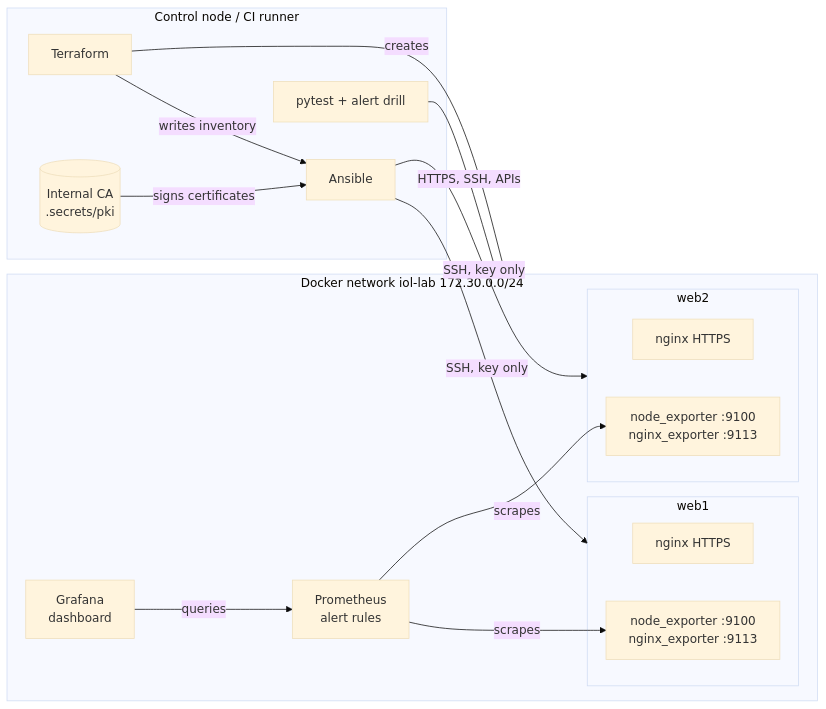
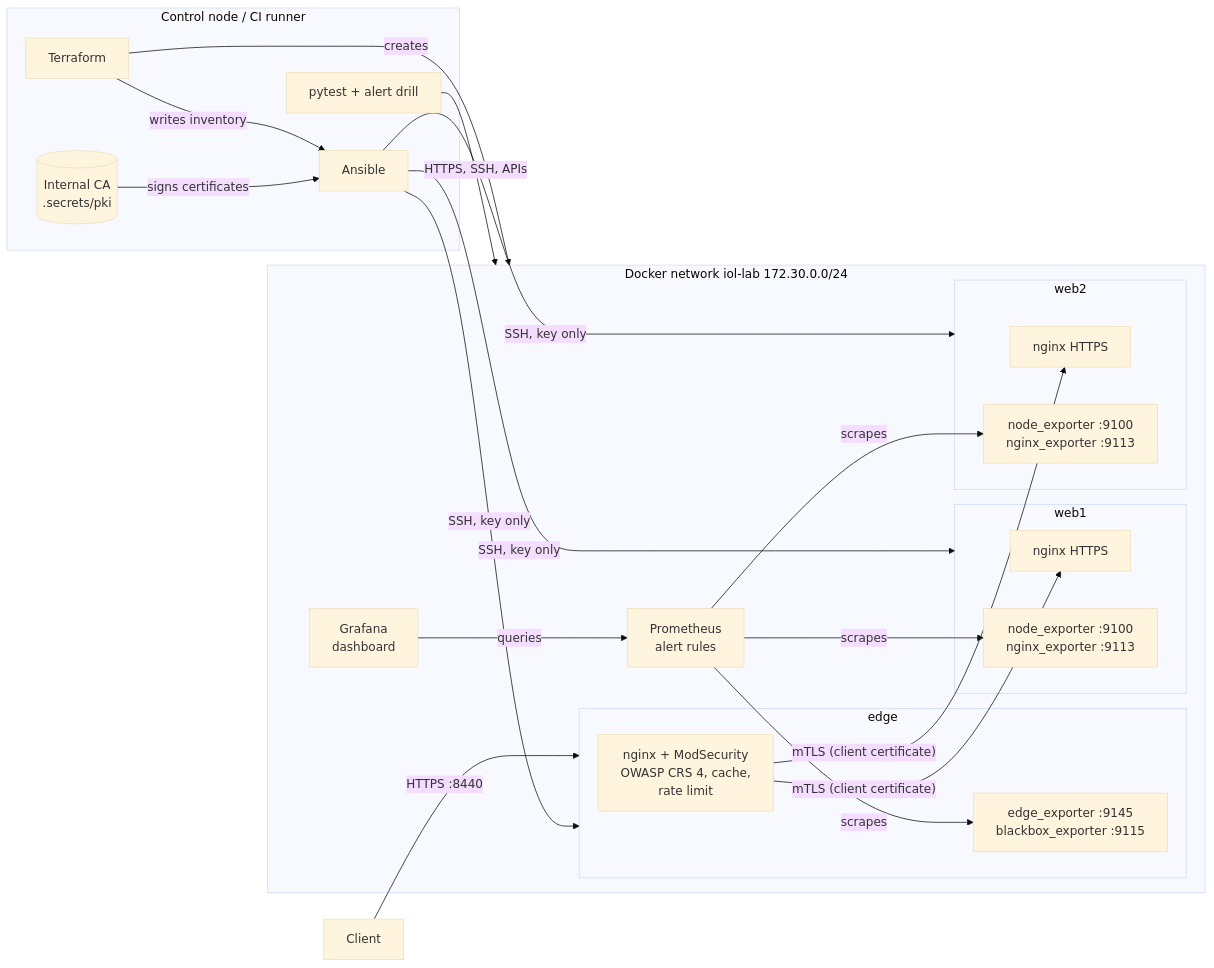
One commit to ahmedbmohamed/infra-observability-lab changed the diagram in README.md. Above: the diagram before and after it, drawn with Mermaid (base theme). The commit also changed other lines of this file and 7 other files, not shown here.

````diff
--- a/README.md
+++ b/README.md
@@ -16,30 +20,36 @@
 ```mermaid
 flowchart LR
     subgraph ctrl[Control node / CI runner]
         TF[Terraform]
         AN[Ansible]
         CA[(Internal CA<br/>.secrets/pki)]
         PT[pytest + alert drill]
     end
 
+    U[Client] -- HTTPS :8440 --> edge
     subgraph net[Docker network iol-lab 172.30.0.0/24]
+        subgraph edge[edge]
+            W[nginx + ModSecurity<br/>OWASP CRS 4, cache,<br/>rate limit]
+            EE[edge_exporter :9145<br/>blackbox_exporter :9115]
+        end
         subgraph web1[web1]
             N1[nginx HTTPS]
             E1[node_exporter :9100<br/>nginx_exporter :9113]
         end
         subgraph web2[web2]
             N2[nginx HTTPS]
             E2[node_exporter :9100<br/>nginx_exporter :9113]
         end
         P[Prometheus<br/>alert rules]
         G[Grafana<br/>dashboard]
     end
 
+    W -- "mTLS (client certificate)" --> N1 & N2
     TF -- creates --> net
     TF -- writes inventory --> AN
-    AN -- SSH, key only --> web1 & web2
+    AN -- SSH, key only --> edge & web1 & web2
     CA -- signs certificates --> AN
-    P -- scrapes --> E1 & E2
+    P -- scrapes --> E1 & E2 & EE
     G -- queries --> P
     PT -- HTTPS, SSH, APIs --> net
 ```
````
